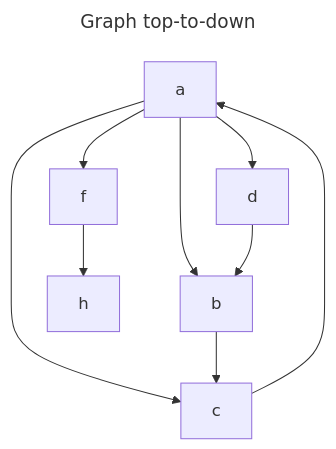
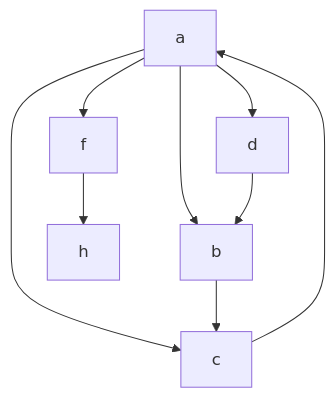
Before and after one commit to SilentVis/GoalsTracker: the second of 4 diagrams in docs/index.md, drawn with Mermaid. The commit also changed other lines of this file, not shown here.

Commit message:
more mermaid

````diff
--- a/docs/index.md
+++ b/docs/index.md
@@ -23,19 +23,16 @@
 ```mermaid
----
-title: Graph top-to-down
----
 graph TD
  a --> b
  a --> c
  a --> d 
 
  b --> c
  c --> a
  d --> b
 
  f --> h
 
  a --> f
 
 
 ```
````
